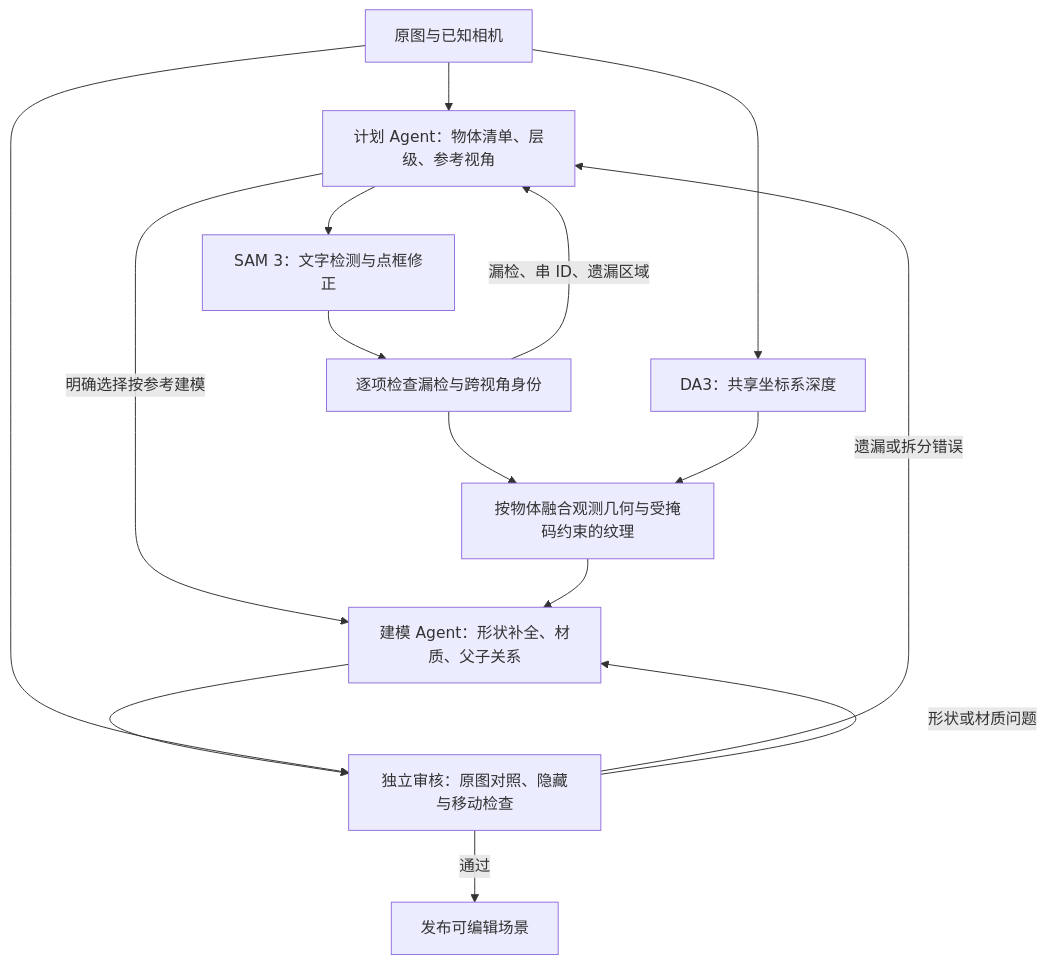
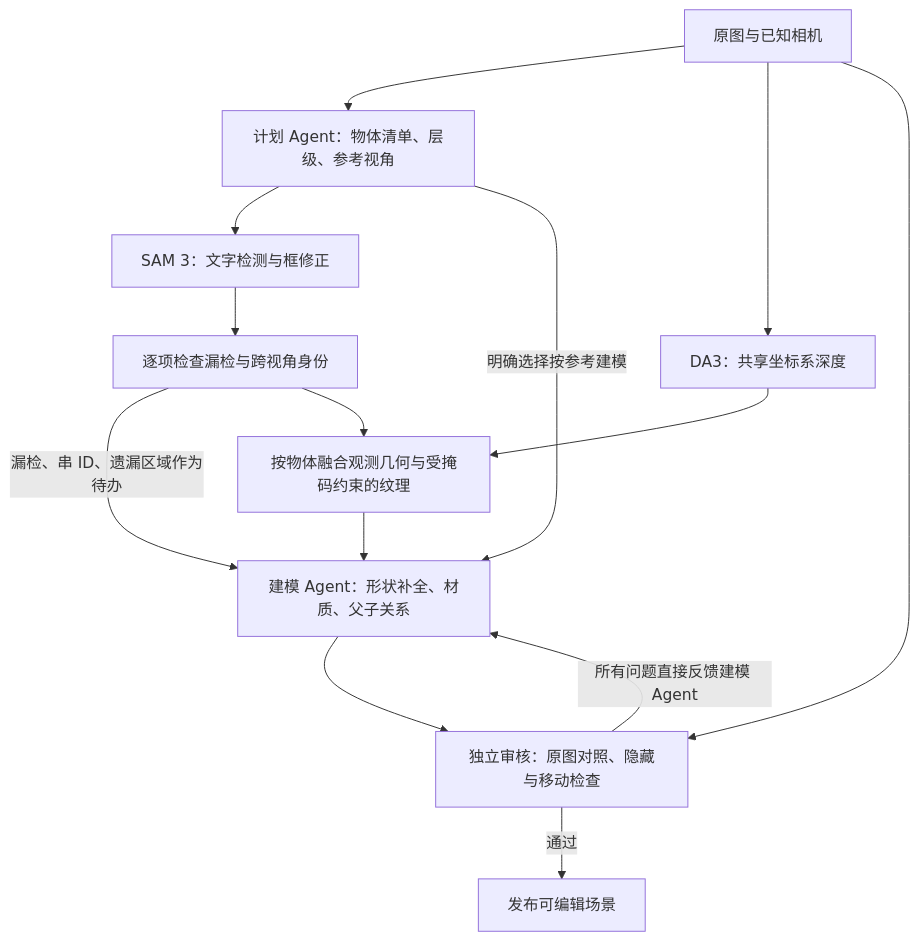
Before and after one commit to Yaosheng-Liu/3D-world-harness: the diagram in docs/object-reconstruction.md, drawn with Mermaid. The commit also changed other lines of this file and 12 other files, not shown here.

````diff
--- a/docs/object-reconstruction.md
+++ b/docs/object-reconstruction.md
@@ -35,17 +35,16 @@
 ```mermaid
 flowchart TD
     RGB[原图与已知相机] --> PLAN[计划 Agent：物体清单、层级、参考视角]
     RGB --> DEPTH[DA3：共享坐标系深度]
-    PLAN --> SAM[SAM 3：文字检测与点框修正]
+    PLAN --> SAM[SAM 3：文字检测与框修正]
     SAM --> CHECK[逐项检查漏检与跨视角身份]
-    CHECK -->|漏检、串 ID、遗漏区域| PLAN
+    CHECK -->|漏检、串 ID、遗漏区域作为待办| MODEL
     CHECK --> GEO[按物体融合观测几何与受掩码约束的纹理]
     DEPTH --> GEO
     PLAN -->|明确选择按参考建模| MODEL[建模 Agent：形状补全、材质、父子关系]
     GEO --> MODEL
     MODEL --> REVIEW[独立审核：原图对照、隐藏与移动检查]
     RGB --> REVIEW
-    REVIEW -->|遗漏或拆分错误| PLAN
-    REVIEW -->|形状或材质问题| MODEL
+    REVIEW -->|所有问题直接反馈建模 Agent| MODEL
     REVIEW -->|通过| PUBLISH[发布可编辑场景]
 ```
````
